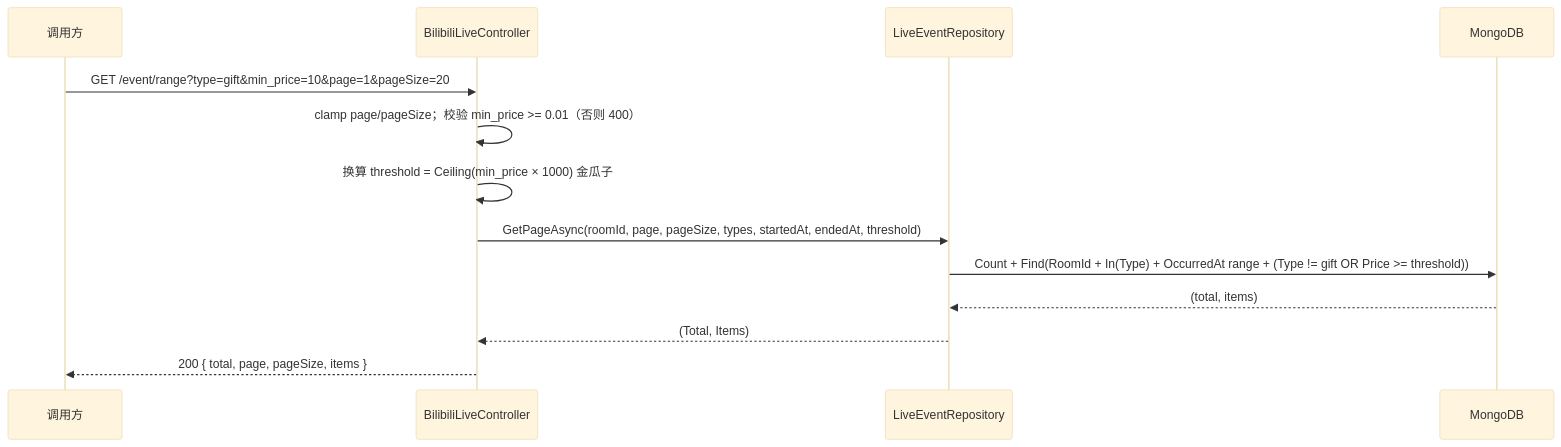
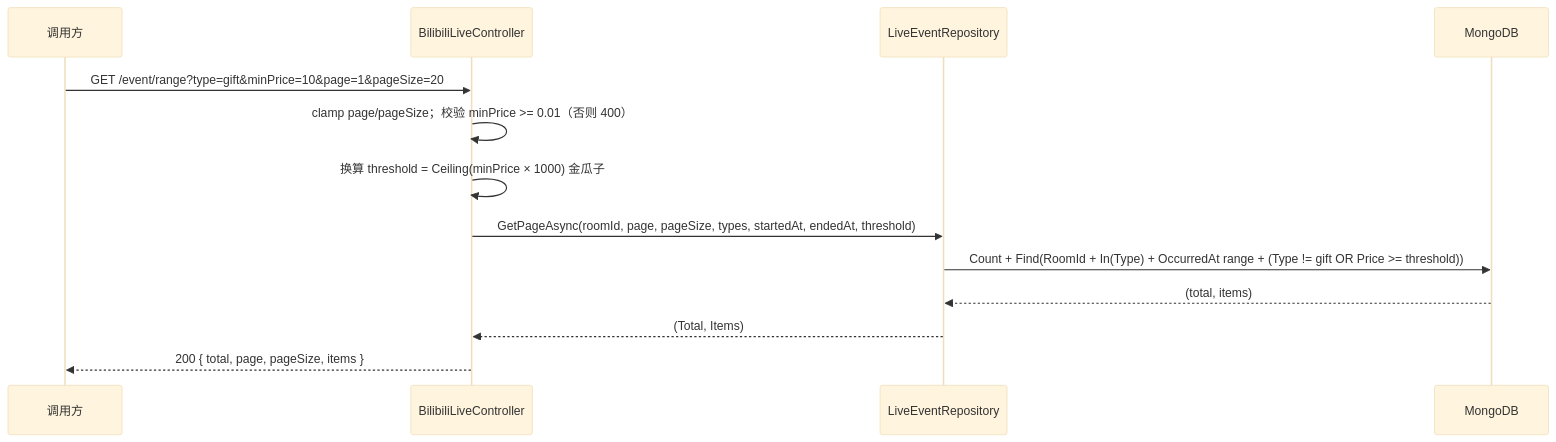
One commit to Deliay/z-vtuber changed the second of 2 diagrams in docs/engineering/proposals/20260817-proposal-gift-min-price-filter.md. Above: the diagram before and after it, drawn with Mermaid (base theme). The commit also changed other lines of this file and 1 other file, not shown here.

Commit message:
docs: 金额筛选参数统一为 camelCase minPrice

````diff
--- a/docs/engineering/proposals/20260817-proposal-gift-min-price-filter.md
+++ b/docs/engineering/proposals/20260817-proposal-gift-min-price-filter.md
@@ -142,16 +142,16 @@
 ```mermaid
 sequenceDiagram
     participant C as 调用方
     participant API as BilibiliLiveController
     participant R as LiveEventRepository
     participant M as MongoDB
 
-    C->>API: GET /event/range?type=gift&min_price=10&page=1&pageSize=20
-    API->>API: clamp page/pageSize；校验 min_price >= 0.01（否则 400）
-    API->>API: 换算 threshold = Ceiling(min_price × 1000) 金瓜子
+    C->>API: GET /event/range?type=gift&minPrice=10&page=1&pageSize=20
+    API->>API: clamp page/pageSize；校验 minPrice >= 0.01（否则 400）
+    API->>API: 换算 threshold = Ceiling(minPrice × 1000) 金瓜子
     API->>R: GetPageAsync(roomId, page, pageSize, types, startedAt, endedAt, threshold)
     R->>M: Count + Find(RoomId + In(Type) + OccurredAt range + (Type != gift OR Price >= threshold))
     M-->>R: (total, items)
     R-->>API: (Total, Items)
     API-->>C: 200 { total, page, pageSize, items }
 ```
````
